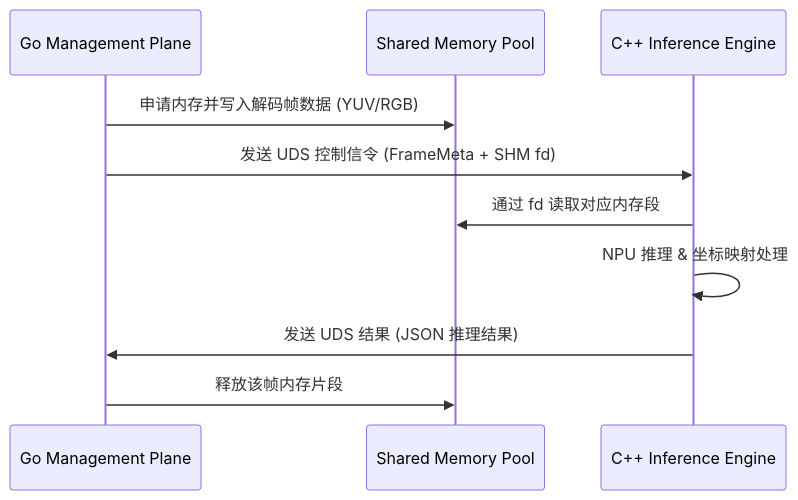
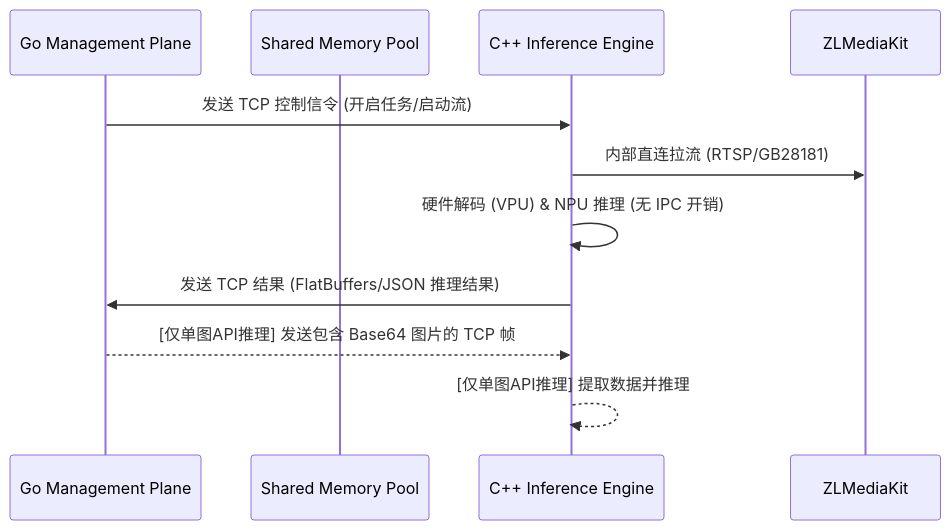
The seventh of 8 diagrams in prd/prd-draft.md (nikonikowuw/aivisioninference), drawn with Mermaid before and after one commit. The commit also changed other lines of this file and 2 other files, not shown here.

First line of the commit message:
docs(architecture): refactor C++ engine architecture from UDS multi-process to TCP single-process multi-thread

````diff
--- a/prd/prd-draft.md
+++ b/prd/prd-draft.md
@@ -2430,13 +2430,16 @@
 ```mermaid
 sequenceDiagram
     participant Go as Go Management Plane
     participant SHM as Shared Memory Pool
     participant Cpp as C++ Inference Engine
+    participant ZLM as ZLMediaKit
 
-    Go->>SHM: 申请内存并写入解码帧数据 (YUV/RGB)
-    Go->>Cpp: 发送 UDS 控制信令 (FrameMeta + SHM fd)
-    Cpp->>SHM: 通过 fd 读取对应内存段
-    Cpp->>Cpp: NPU 推理 & 坐标映射处理
-    Cpp->>Go: 发送 UDS 结果 (JSON 推理结果)
-    Go->>SHM: 释放该帧内存片段
+    Go->>Cpp: 发送 TCP 控制信令 (开启任务/启动流)
+    Cpp->>ZLM: 内部直连拉流 (RTSP/GB28181)
+    Cpp->>Cpp: 硬件解码 (VPU) & NPU 推理 (无 IPC 开销)
+    Cpp->>Go: 发送 TCP 结果 (FlatBuffers/JSON 推理结果)
+    
+    %% 单图API推理的场景
+    Go-->>Cpp: [仅单图API推理] 发送包含 Base64 图片的 TCP 帧
+    Cpp-->>Cpp: [仅单图API推理] 提取数据并推理
 ```
````
